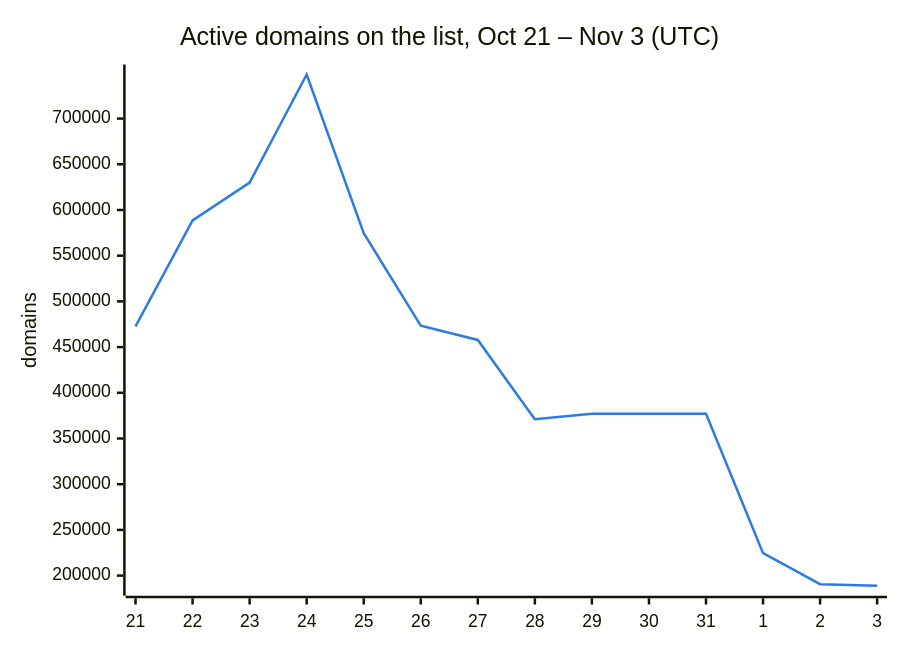
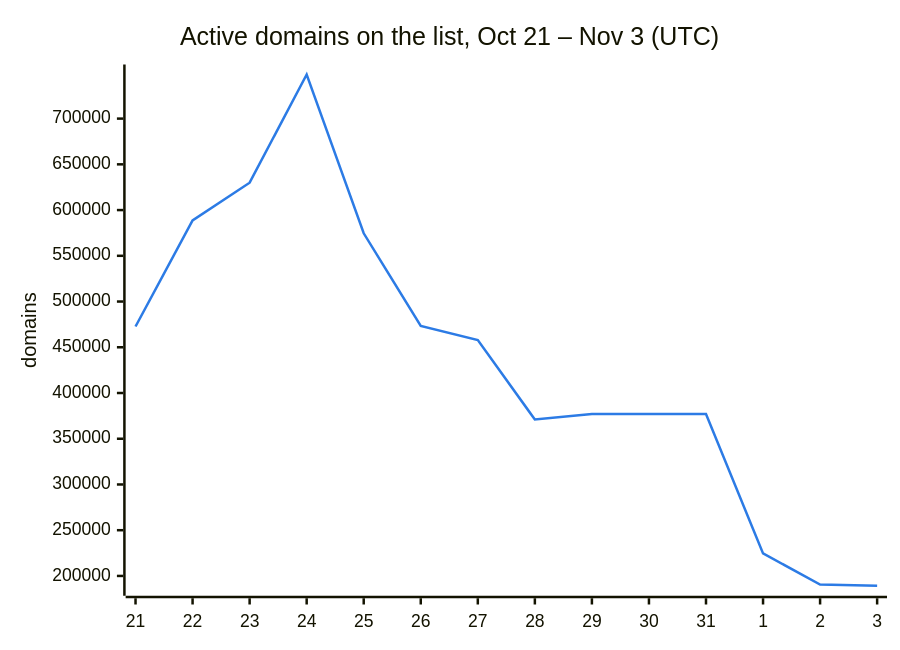
One commit to DNSBunker/CTI changed the second of 3 diagrams in README.md. Above: the diagram before and after it, drawn with Mermaid. The commit also changed other lines of this file and 3 other files, not shown here.

````diff
--- a/README.md
+++ b/README.md
@@ -38,8 +38,8 @@
 ```mermaid
 %%{init: {"themeVariables": {"xyChart": {"plotColorPalette": "#2c7be5"}}}}%%
 xychart-beta
     title "Active domains on the list, Oct 21 – Nov 3 (UTC)"
     x-axis ["21", "22", "23", "24", "25", "26", "27", "28", "29", "30", "31", "1", "2", "3"]
     y-axis "domains"
-    line [472713, 588659, 629951, 748222, 574614, 473331, 457795, 371010, 376945, 376945, 376945, 224607, 190603, 188894]
+    line [472713, 588659, 629951, 748222, 574614, 473331, 457795, 371010, 376945, 376945, 376945, 224607, 190603, 189274]
 ```
````
